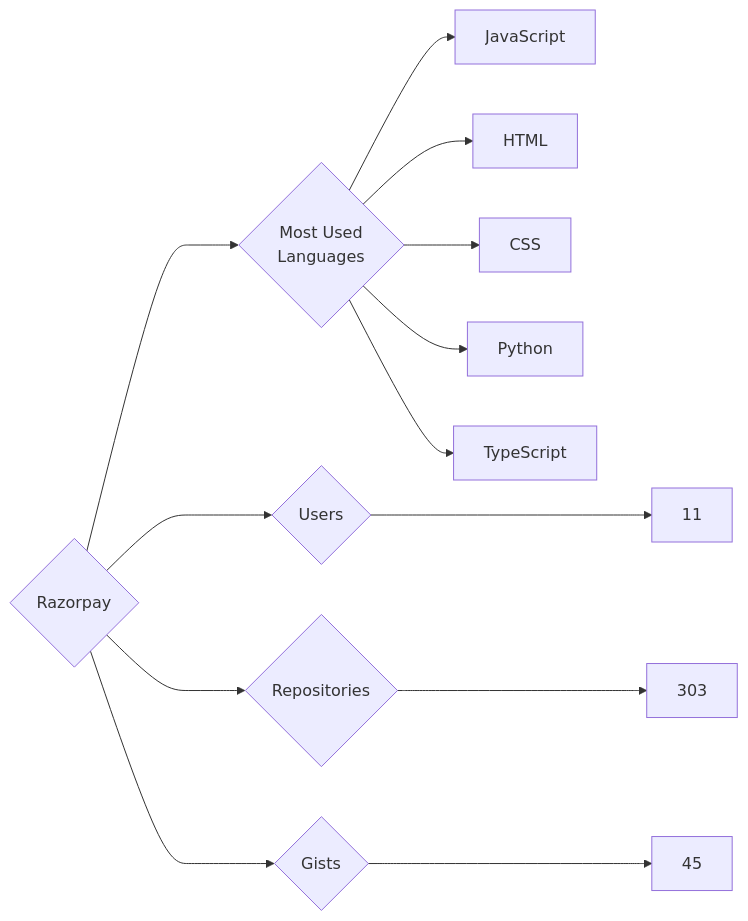
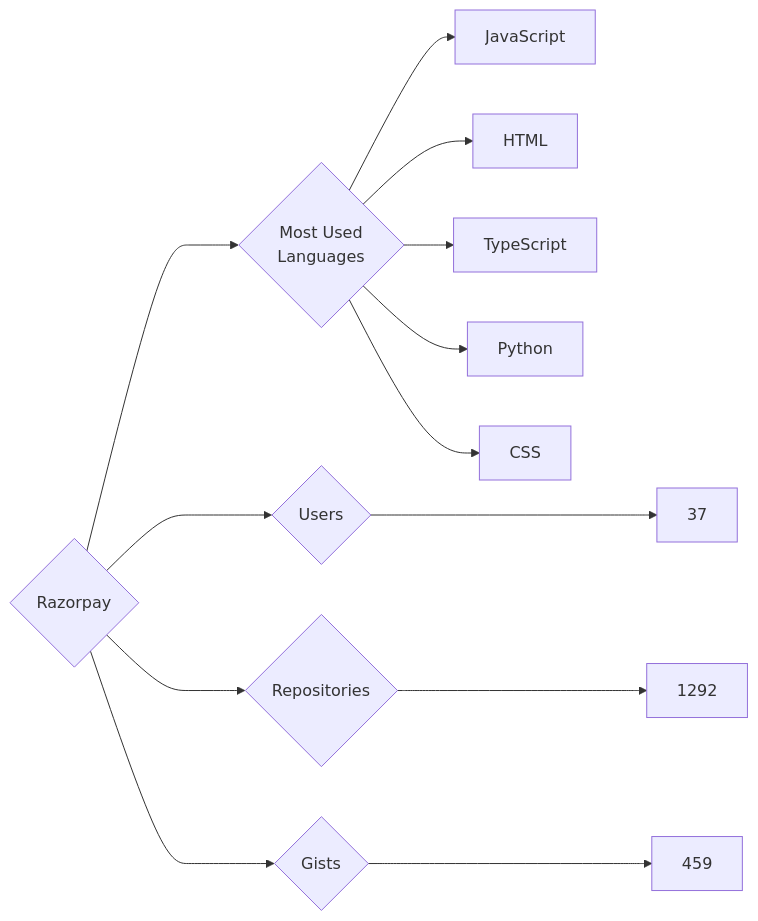
Before and after one commit to trickest/insiders: the diagram in targets/Razorpay/README.md, drawn with Mermaid. The commit also changed 835 other files, not shown here.

````diff
--- a/targets/Razorpay/README.md
+++ b/targets/Razorpay/README.md
@@ -3,13 +3,13 @@
 ```mermaid
 graph LR
 COMPANY_NAME{Razorpay}
-COMPANY_NAME ---> U{Users} ---> UN[11]
-COMPANY_NAME ---> R{Repositories} ---> RN[303]
-COMPANY_NAME ---> G{Gists} ---> GN[45]
+COMPANY_NAME ---> U{Users} ---> UN[37]
+COMPANY_NAME ---> R{Repositories} ---> RN[1292]
+COMPANY_NAME ---> G{Gists} ---> GN[459]
 COMPANY_NAME ---> ML{Most Used<br>Languages}
 ML --> JavaScript[JavaScript]
 ML --> HTML[HTML]
+ML --> TypeScript[TypeScript]
+ML --> Python[Python]
 ML --> CSS[CSS]
-ML --> Python[Python]
-ML --> TypeScript[TypeScript]
 ```
````
